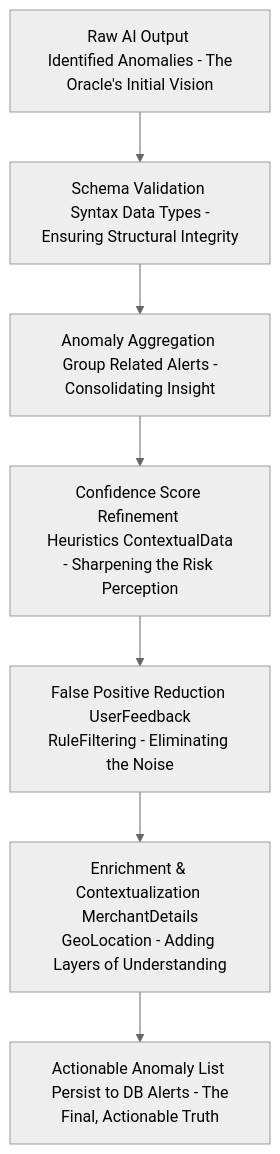
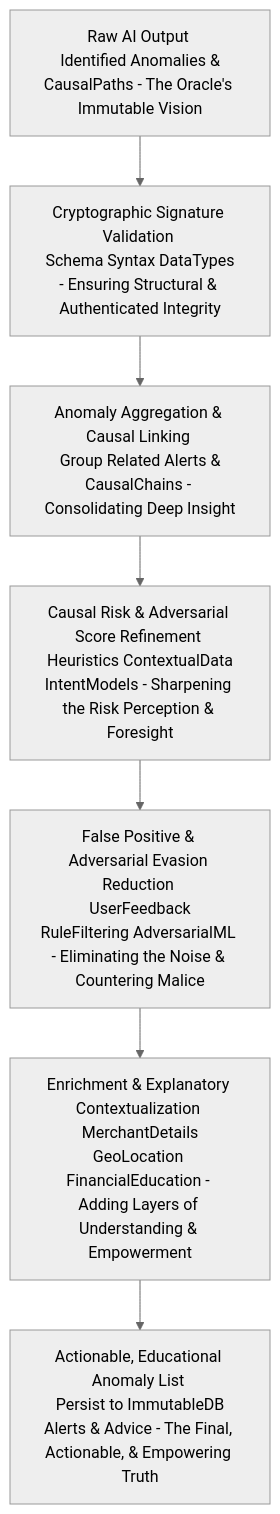
The sixth of 11 diagrams in inventions/inventions/006_ai_subscription_detection/009_ai_financial_anomaly_detection.md (diplomat-bit/Citibank_Demo_Business_Inc_Demonstration-), drawn with Mermaid (neutral theme) before and after one commit. The commit also changed other lines of this file, not shown here.

Commit message:
[AI] Edit: inventions/inventions/006_ai_subscription_detection/009_ai_financial_anomaly_detection.md

````diff
--- a/inventions/inventions/006_ai_subscription_detection/009_ai_financial_anomaly_detection.md
+++ b/inventions/inventions/006_ai_subscription_detection/009_ai_financial_anomaly_detection.md
@@ -202,9 +236,9 @@
 ```mermaid
 graph TD
-    A[Raw AI Output <br/> Identified Anomalies - The Oracle's Initial Vision] --> B[Schema Validation <br/> Syntax Data Types - Ensuring Structural Integrity]
-    B --> C[Anomaly Aggregation <br/> Group Related Alerts - Consolidating Insight]
-    C --> D[Confidence Score Refinement <br/> Heuristics ContextualData - Sharpening the Risk Perception]
-    D --> E[False Positive Reduction <br/> UserFeedback RuleFiltering - Eliminating the Noise]
-    E --> F[Enrichment & Contextualization <br/> MerchantDetails GeoLocation - Adding Layers of Understanding]
-    F --> G[Actionable Anomaly List <br/> Persist to DB Alerts - The Final, Actionable Truth]
+    A[Raw AI Output <br/> Identified Anomalies & CausalPaths - The Oracle's Immutable Vision] --> B[Cryptographic Signature Validation <br/> Schema Syntax DataTypes - Ensuring Structural & Authenticated Integrity]
+    B --> C[Anomaly Aggregation & Causal Linking <br/> Group Related Alerts & CausalChains - Consolidating Deep Insight]
+    C --> D[Causal Risk & Adversarial Score Refinement <br/> Heuristics ContextualData IntentModels - Sharpening the Risk Perception & Foresight]
+    D --> E[False Positive & Adversarial Evasion Reduction <br/> UserFeedback RuleFiltering AdversarialML - Eliminating the Noise & Countering Malice]
+    E --> F[Enrichment & Explanatory Contextualization <br/> MerchantDetails GeoLocation FinancialEducation - Adding Layers of Understanding & Empowerment]
+    F --> G[Actionable, Educational Anomaly List <br/> Persist to ImmutableDB Alerts & Advice - The Final, Actionable, & Empowering Truth]
 ```
````
